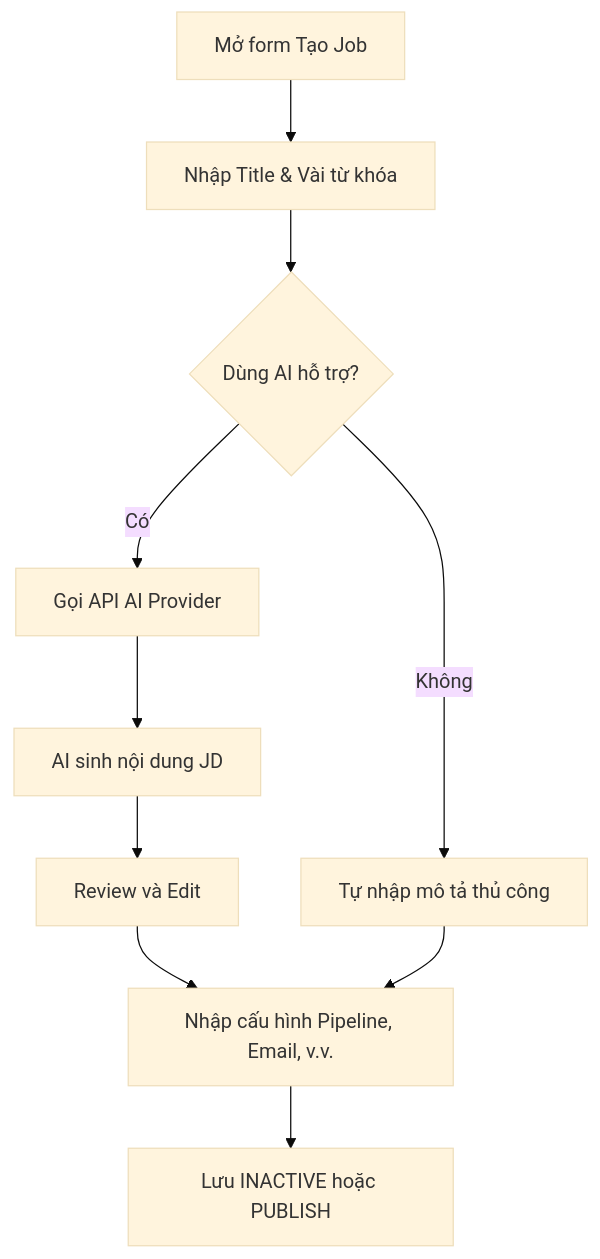
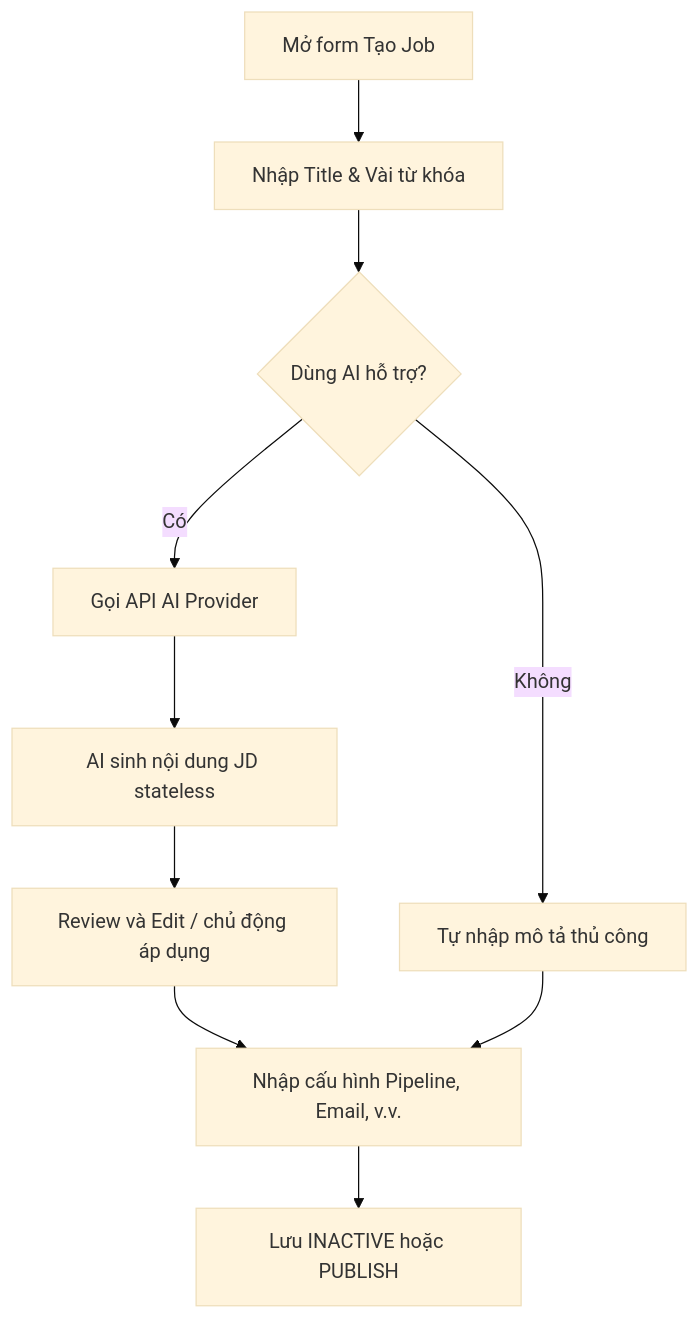
Before and after one commit to VanHaPtit/EasyTech_FE: the diagram in nghiep_vu/epic-03_HR_Dashboard_Job_Management/user-story-12_Tao_Job_AI_JD/user-story.md, drawn with Mermaid (base theme). The commit also changed other lines of this file and 6 other files, not shown here.

Commit message:
docs(ai-jd): chốt contract gợi ý nội dung JD

````diff
--- a/nghiep_vu/epic-03_HR_Dashboard_Job_Management/user-story-12_Tao_Job_AI_JD/user-story.md
+++ b/nghiep_vu/epic-03_HR_Dashboard_Job_Management/user-story-12_Tao_Job_AI_JD/user-story.md
@@ -11,12 +11,12 @@
 ```mermaid
 graph TD
     A[Mở form Tạo Job] --> B[Nhập Title & Vài từ khóa]
     B --> C{Dùng AI hỗ trợ?}
     C -- Không --> D[Tự nhập mô tả thủ công]
     C -- Có --> E[Gọi API AI Provider]
-    E --> F[AI sinh nội dung JD]
-    F --> G[Review và Edit]
+    E --> F[AI sinh nội dung JD stateless]
+    F --> G[Review và Edit / chủ động áp dụng]
     G --> H[Nhập cấu hình Pipeline, Email, v.v.]
     D --> H
     H --> I[Lưu INACTIVE hoặc PUBLISH]
 ```
````
